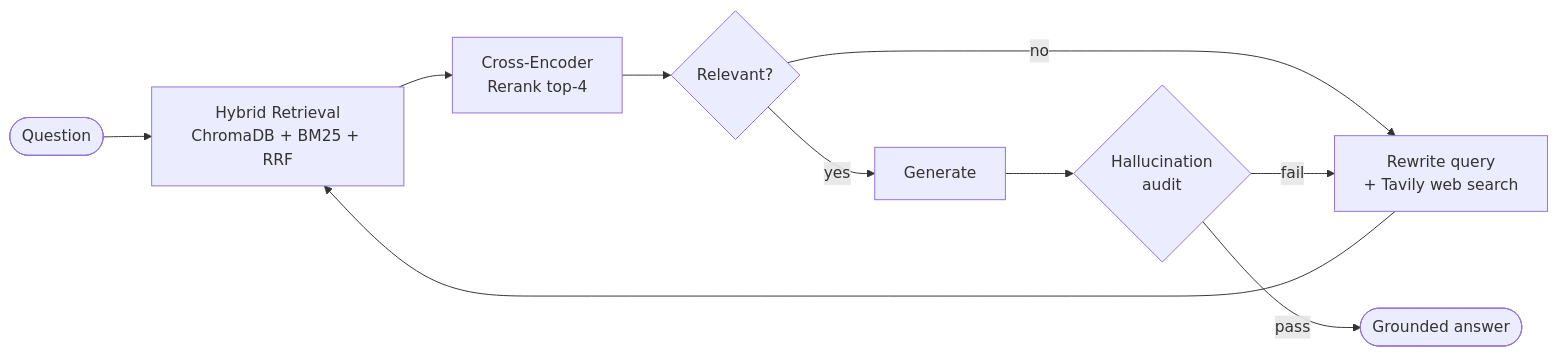
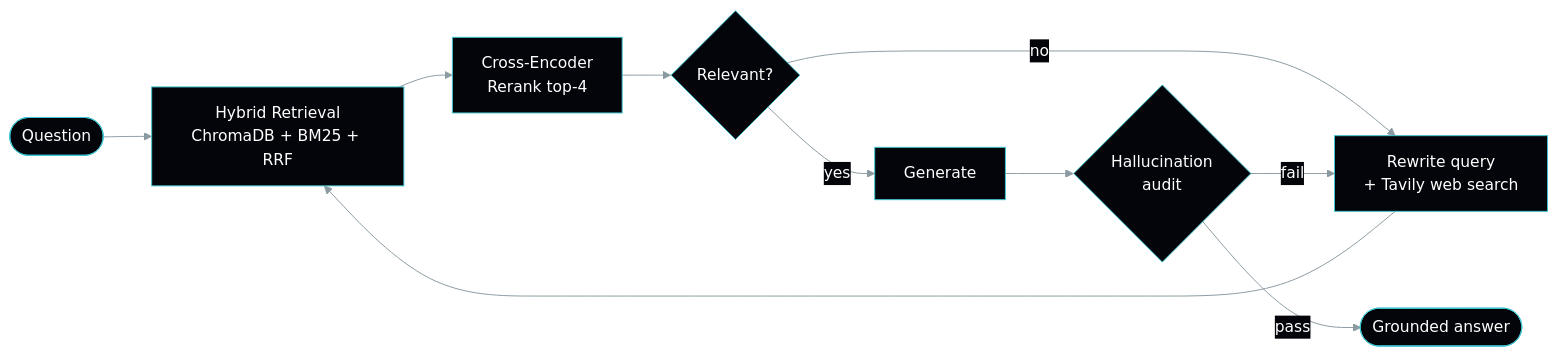
The diagram in README.md (elrath017/elrath017), drawn with Mermaid before and after one commit. The commit also changed other lines of this file and 3 other files, not shown here.

````diff
--- a/README.md
+++ b/README.md
@@ -65,12 +66,13 @@
 ```mermaid
+%%{init: {'theme':'base','themeVariables':{'primaryColor':'#04050a','primaryBorderColor':'#3fc6d2','primaryTextColor':'#ffffff','lineColor':'#8a9aa0','secondaryColor':'#04050a','tertiaryColor':'#04050a','fontFamily':'monospace'}}}%%
 flowchart LR
     Q([Question]) --> R[Hybrid Retrieval<br/>ChromaDB + BM25 + RRF]
     R --> X[Cross-Encoder<br/>Rerank top-4]
     X --> G{Relevant?}
     G -- no --> W[Rewrite query<br/>+ Tavily web search]
     W --> R
     G -- yes --> A[Generate]
     A --> H{Hallucination<br/>audit}
     H -- fail --> W
     H -- pass --> O([Grounded answer])
 ```
````
